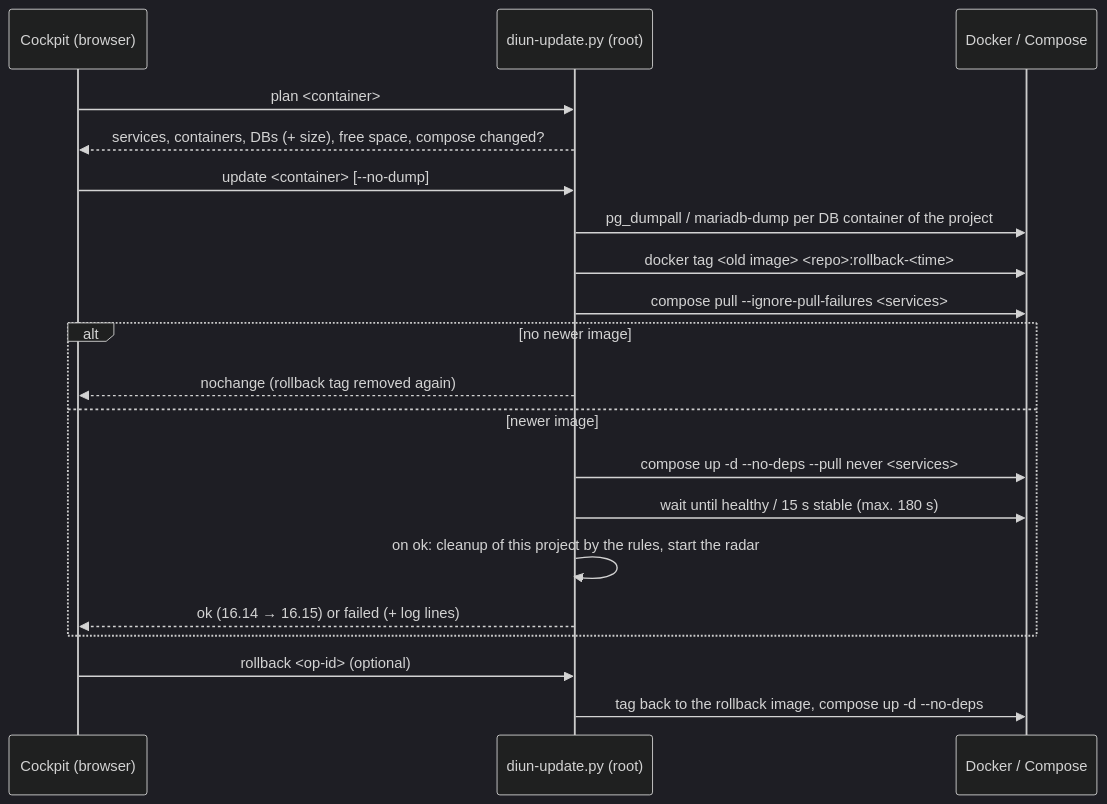
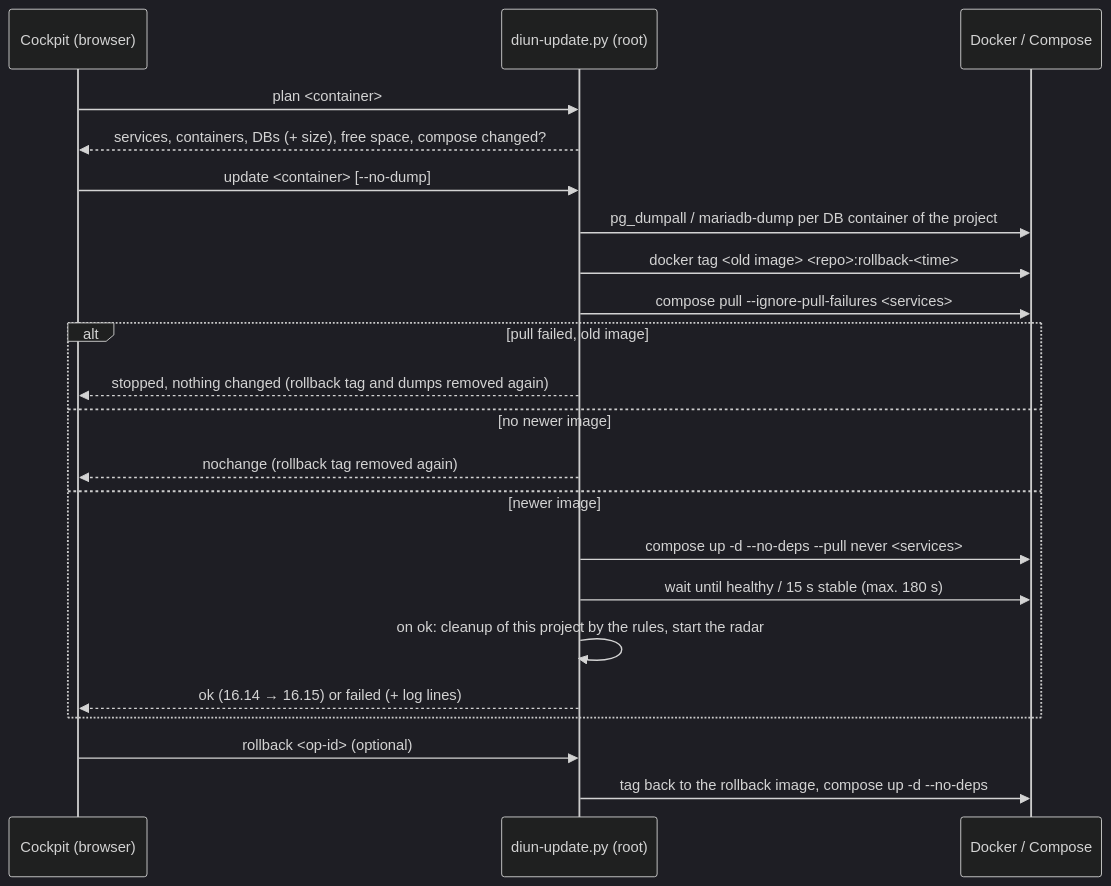
Before and after one commit to Azentrius/cockpit-image-update-monitor: the first of 2 diagrams in README.md, drawn with Mermaid (dark theme). The commit also changed other lines of this file and 10 other files, not shown here.

````diff
--- a/README.md
+++ b/README.md
@@ -148,22 +148,24 @@
 ```mermaid
 sequenceDiagram
     participant U as Cockpit (browser)
     participant H as diun-update.py (root)
     participant D as Docker / Compose
     U->>H: plan <container>
     H-->>U: services, containers, DBs (+ size), free space, compose changed?
     U->>H: update <container> [--no-dump]
     H->>D: pg_dumpall / mariadb-dump per DB container of the project
     H->>D: docker tag <old image> <repo>:rollback-<time>
     H->>D: compose pull --ignore-pull-failures <services>
-    alt no newer image
+    alt pull failed, old image
+        H-->>U: stopped, nothing changed (rollback tag and dumps removed again)
+    else no newer image
         H-->>U: nochange (rollback tag removed again)
     else newer image
         H->>D: compose up -d --no-deps --pull never <services>
         H->>D: wait until healthy / 15 s stable (max. 180 s)
         H->>H: on ok: cleanup of this project by the rules, start the radar
         H-->>U: ok (16.14 → 16.15) or failed (+ log lines)
     end
     U->>H: rollback <op-id> (optional)
     H->>D: tag back to the rollback image, compose up -d --no-deps
 ```
````
